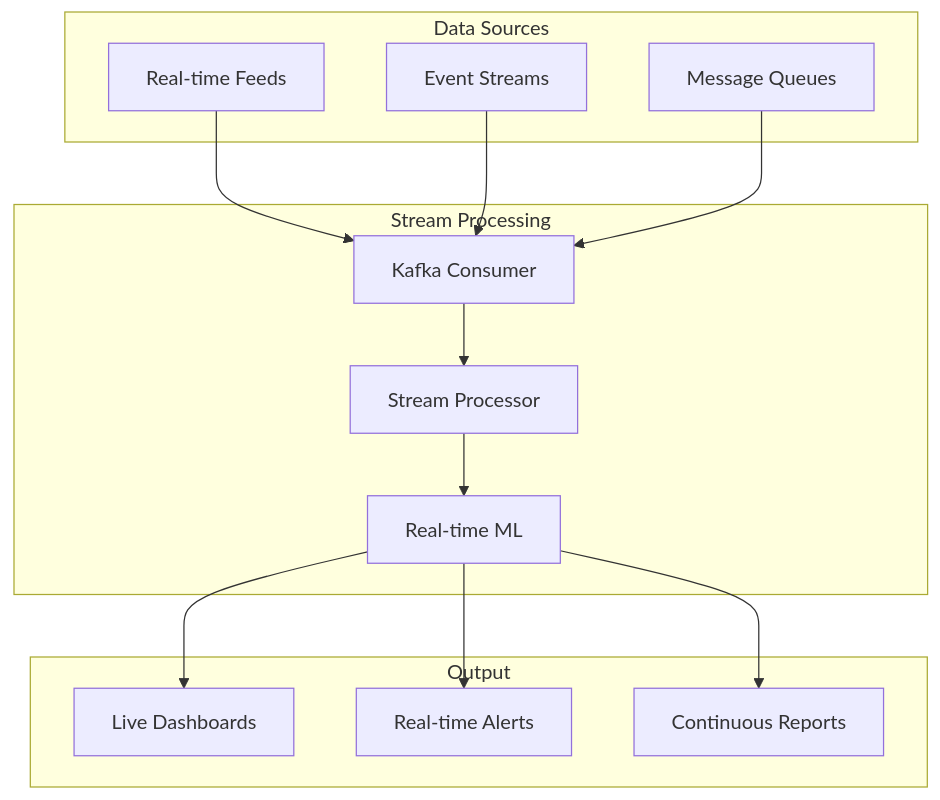
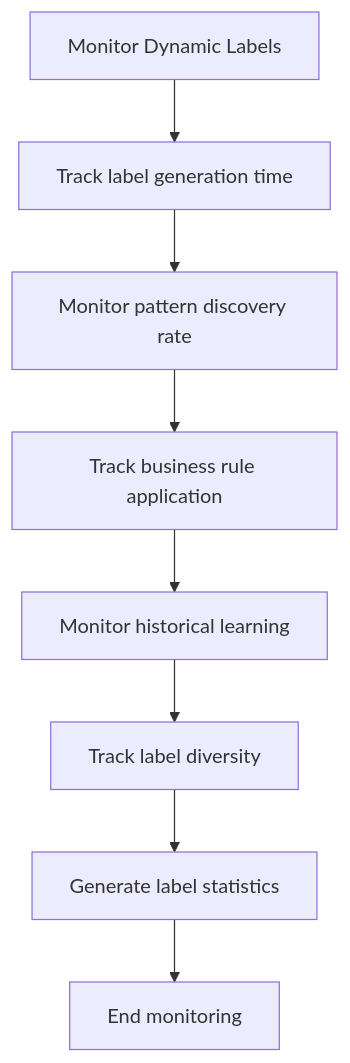
Before and after one commit to ksmadhavareddy/recon-ai: diagram 24 of 30 in docs/DIAGRAMS.md, drawn with Mermaid. The commit also changed other lines of this file and 14 other files, not shown here.

````diff
--- a/docs/DIAGRAMS.md
+++ b/docs/DIAGRAMS.md
@@ -597,29 +486,10 @@
 ```mermaid
 graph TD
-    subgraph "Data Sources"
-        A[Real-time Feeds]
-        B[Event Streams]
-        C[Message Queues]
-    end
-    
-    subgraph "Stream Processing"
-        D[Kafka Consumer]
-        E[Stream Processor]
-        F[Real-time ML]
-    end
-    
-    subgraph "Output"
-        G[Live Dashboards]
-        H[Real-time Alerts]
-        I[Continuous Reports]
-    end
-    
-    A --> D
-    B --> D
-    C --> D
-    D --> E
-    E --> F
-    F --> G
-    F --> H
-    F --> I
+    A[Monitor Dynamic Labels] --> B[Track label generation time]
+    B --> C[Monitor pattern discovery rate]
+    C --> D[Track business rule application]
+    D --> E[Monitor historical learning]
+    E --> F[Track label diversity]
+    F --> G[Generate label statistics]
+    G --> H[End monitoring]
 ```
````
